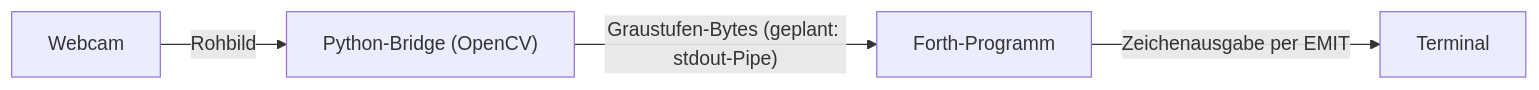
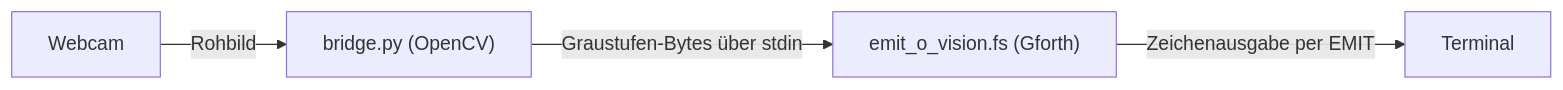
One commit to TGBox/EMIT-O-VISION changed the diagram in README.md. Above: the diagram before and after it, drawn with Mermaid. The commit also changed other lines of this file and 3 other files, not shown here.

````diff
--- a/README.md
+++ b/README.md
@@ -14,6 +12,6 @@
 ```mermaid
 flowchart LR
-    A["Webcam"] -->|Rohbild| B["Python-Bridge (OpenCV)"]
-    B -->|"Graustufen-Bytes (geplant: stdout-Pipe)"| C["Forth-Programm"]
+    A["Webcam"] -->|Rohbild| B["bridge.py (OpenCV)"]
+    B -->|"Graustufen-Bytes über stdin"| C["emit_o_vision.fs (Gforth)"]
     C -->|"Zeichenausgabe per EMIT"| D["Terminal"]
 ```
````
